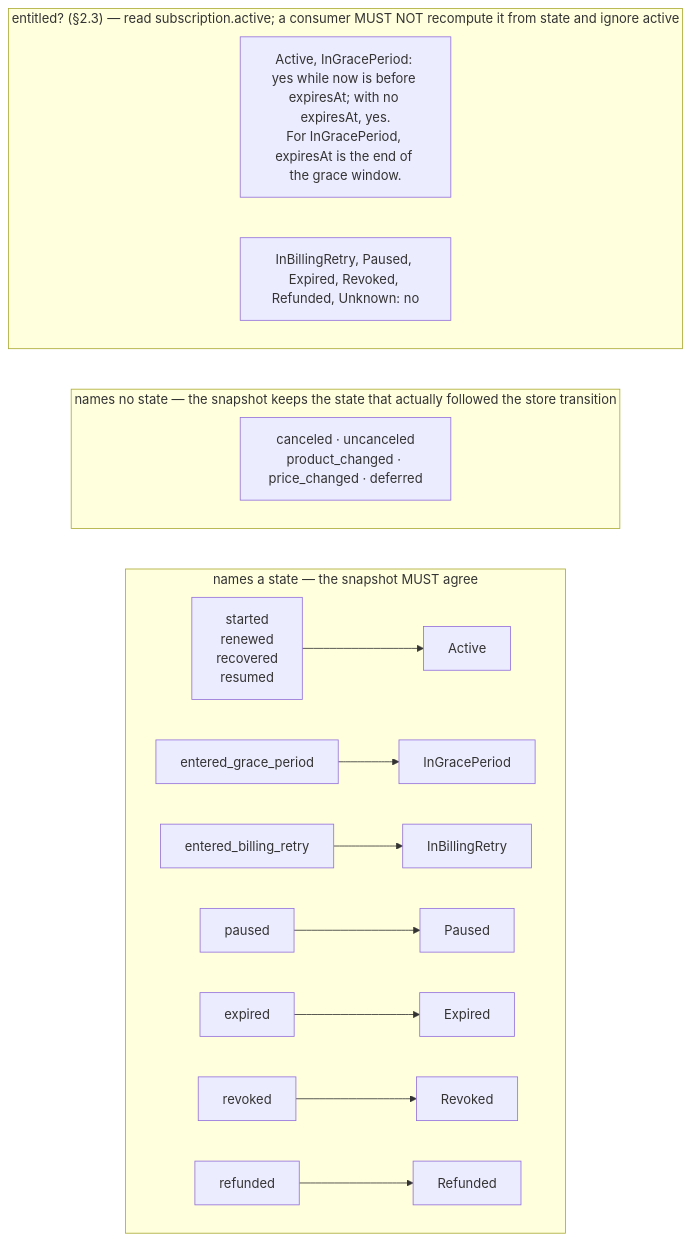
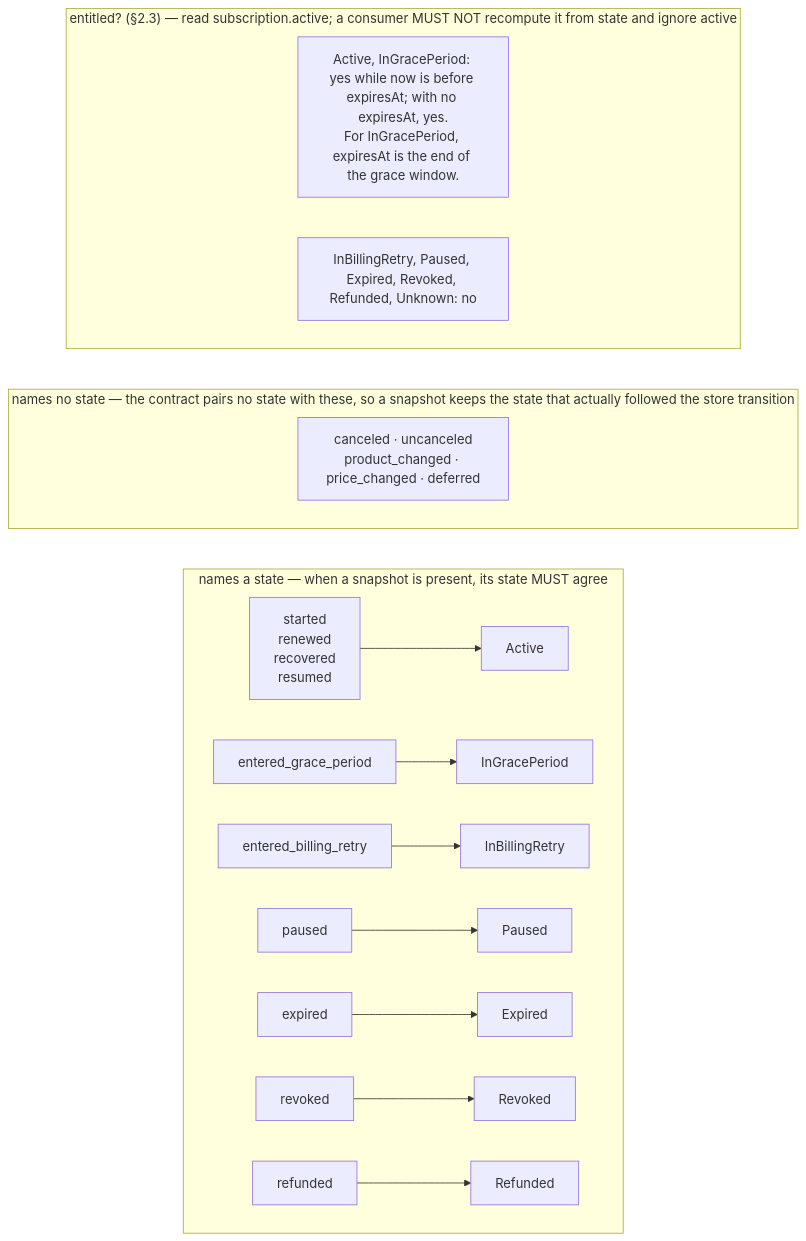
Before and after one commit to hyodotdev/openiap: the first of 3 diagrams in specs/commerce-protocol/SPEC.md, drawn with Mermaid. The commit also changed other lines of this file and 4 other files, not shown here.

````diff
--- a/specs/commerce-protocol/SPEC.md
+++ b/specs/commerce-protocol/SPEC.md
@@ -657,22 +657,22 @@
 ```mermaid
 flowchart LR
-  subgraph lands ["names a state — the snapshot MUST agree"]
+  subgraph lands ["names a state — when a snapshot is present, its state MUST agree"]
     direction LR
     e1["started<br/>renewed<br/>recovered<br/>resumed"] --> Active
     e2["entered_grace_period"] --> InGracePeriod
     e3["entered_billing_retry"] --> InBillingRetry
     e4["paused"] --> Paused
     e5["expired"] --> Expired
     e6["revoked"] --> Revoked
     e7["refunded"] --> Refunded
   end
-  subgraph none ["names no state — the snapshot keeps the state that actually followed the store transition"]
+  subgraph none ["names no state — the contract pairs no state with these, so a snapshot keeps the state that actually followed the store transition"]
     direction LR
     e8["canceled · uncanceled<br/>product_changed · price_changed · deferred"]
   end
   subgraph predicate ["entitled? (§2.3) — read subscription.active; a consumer MUST NOT recompute it from state and ignore active"]
     direction LR
     p1["Active, InGracePeriod: yes while now is before expiresAt; with no expiresAt, yes.<br/>For InGracePeriod, expiresAt is the end of the grace window."]
     p2["InBillingRetry, Paused, Expired, Revoked, Refunded, Unknown: no"]
   end
 ```
````
